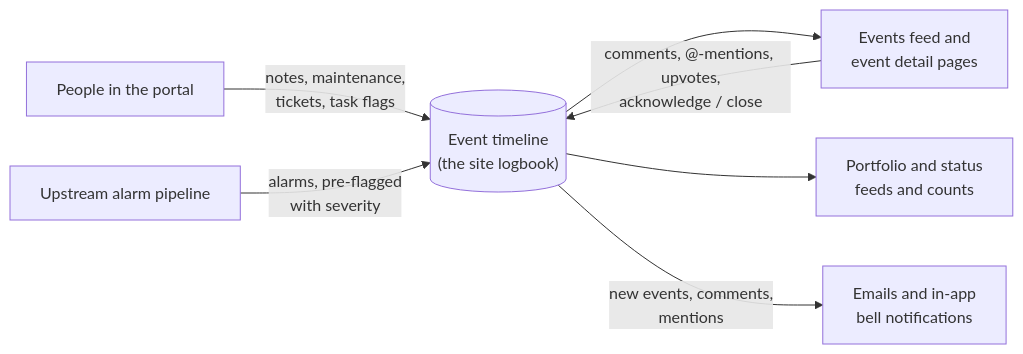
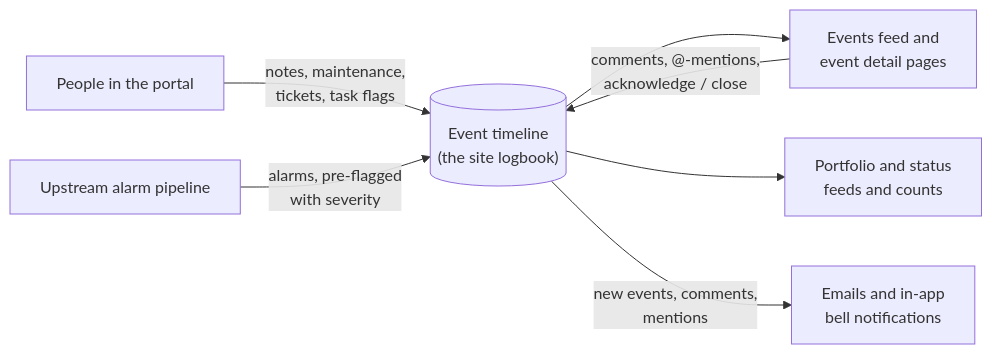
Before and after one commit to alamin-nifty/denowatts-dev-docs: the diagram in flows/events.md, drawn with Mermaid. The commit also changed other lines of this file and 24 other files, not shown here.

````diff
--- a/flows/events.md
+++ b/flows/events.md
@@ -25,9 +25,9 @@
 ```mermaid
 flowchart LR
     PPL["People in the portal"] -->|"notes, maintenance,<br/>tickets, task flags"| EV[("Event timeline<br/>(the site logbook)")]
     PIPE["Upstream alarm pipeline"] -->|"alarms, pre-flagged<br/>with severity"| EV
     EV --> FEED["Events feed and<br/>event detail pages"]
-    FEED -->|"comments, @-mentions, upvotes,<br/>acknowledge / close"| EV
+    FEED -->|"comments, @-mentions,<br/>acknowledge / close"| EV
     EV --> ROLL["Portfolio and status<br/>feeds and counts"]
     EV -->|"new events, comments,<br/>mentions"| NOTIF["Emails and in-app<br/>bell notifications"]
 ```
````
